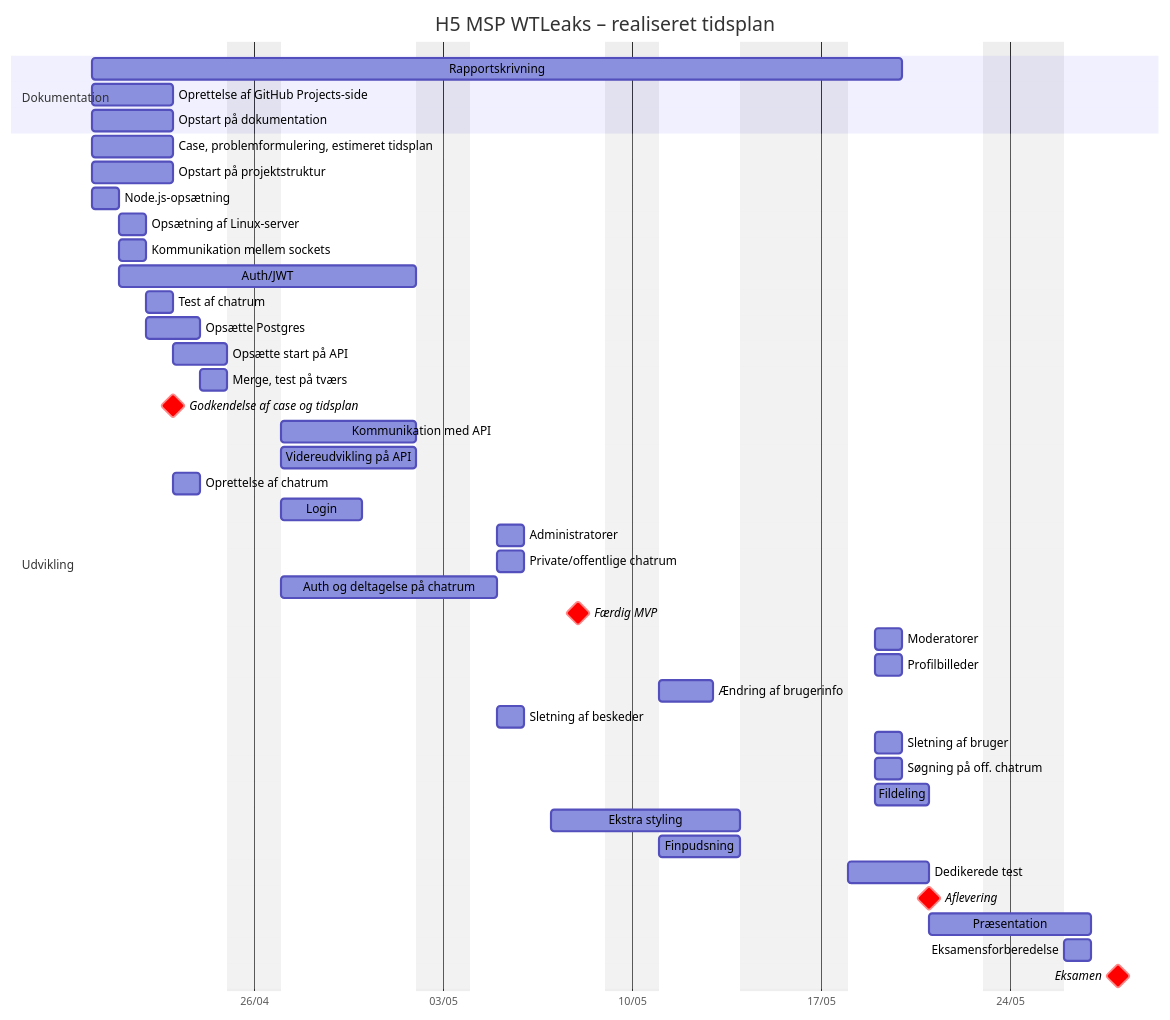
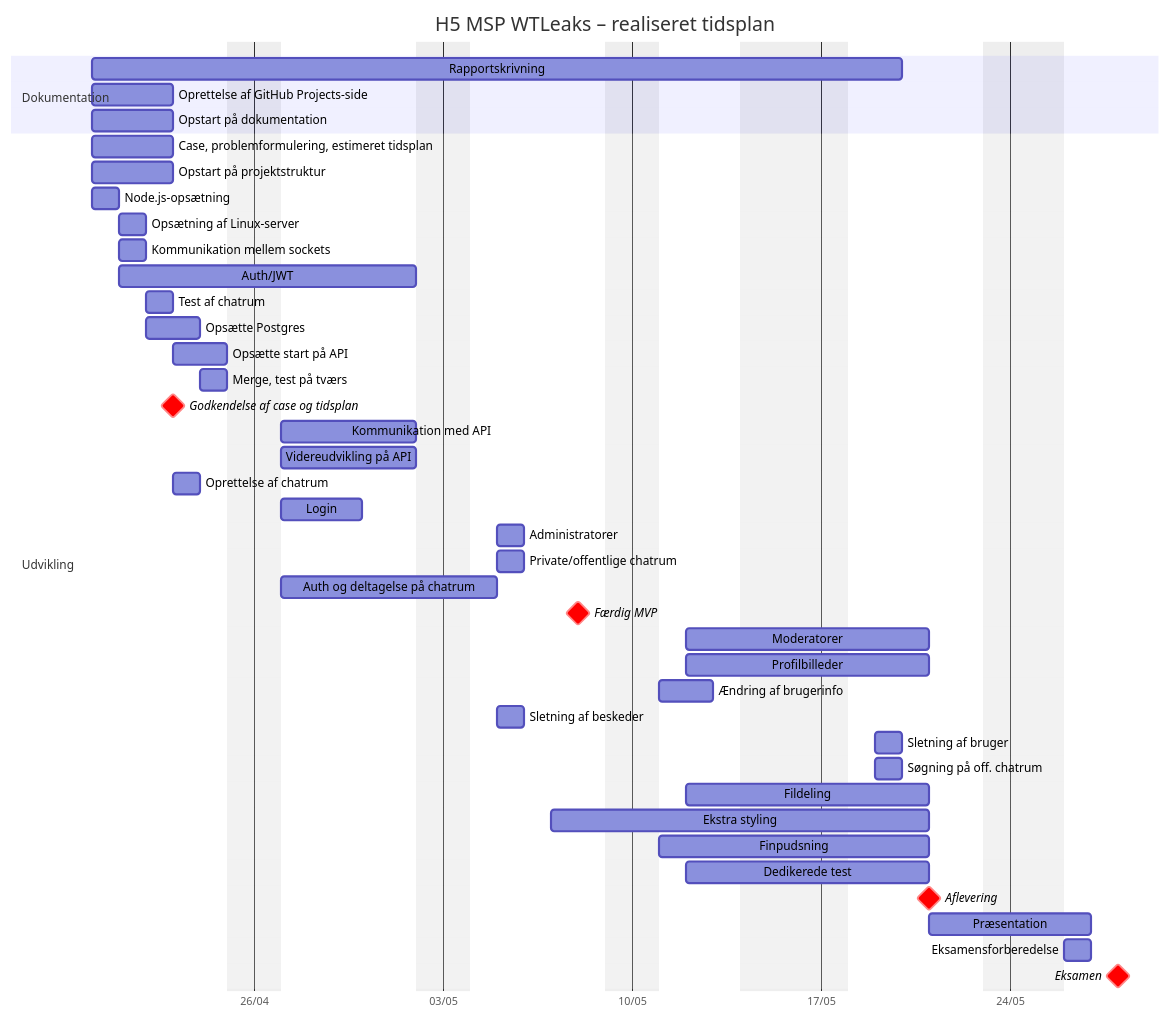
The diagram in Rapport/docs/Realiseret Tidsplan.md (Mercantec-GHC/h5-msp-wtleaks), drawn with Mermaid before and after one commit. The commit also changed 6 other files, not shown here.

````diff
--- a/Rapport/docs/Realiseret Tidsplan.md
+++ b/Rapport/docs/Realiseret Tidsplan.md
@@ -3,65 +3,65 @@
 ```mermaid
 ---
 config:
     themeVariables:
         taskTextColor: 'black'
         taskTextOutsideColor: 'black'
 ---
 gantt
     title H5 MSP WTLeaks – realiseret tidsplan
     dateFormat  YYYY-MM-DD
     axisFormat  %d/%m
     excludes  weekends, 2026-05-14, 2026-05-15, 2026-05-25
     %% todayMarker off
     
     section Dokumentation
     Rapportskrivning  : 2026-04-20, 20d
     Oprettelse af GitHub Projects-side  : 2026-04-20, 3d
     Opstart på dokumentation  : 2026-04-20, 3d
     
     section Udvikling
     %% Uge 1
     Case, problemformulering, estimeret tidsplan  : 2026-04-20, 3d
     Opstart på projektstruktur  : 2026-04-20, 3d
     Node.js-opsætning  : 2026-04-20, 1d
     Opsætning af Linux-server  : 2026-04-21, 1d
     Kommunikation mellem sockets  : 2026-04-21, 1d
     Auth/JWT  : jwt, 2026-04-21, 9d
     Test af chatrum  : 2026-04-22, 1d
     Opsætte Postgres  : 2026-04-22, 2d
     Opsætte start på API  : 2026-04-23, 2d
     Merge, test på tværs  : 2026-04-24, 1d
     Godkendelse af case og tidsplan  : crit, milestone, 2026-04-23, 0d
     
     %% Uge 2
     Kommunikation med API  : 2026-04-27, 5d
     Videreudvikling på API  : 2026-04-27, 5d
     Oprettelse af chatrum  : 2026-04-23, 1d
     Login  : 2026-04-27, 3d
     Administratorer  : 2026-05-05, 1d
     Private/offentlige chatrum  : 2026-05-05, 1d
     Auth og deltagelse på chatrum  : 2026-04-27, 6d
     Færdig MVP  : crit, milestone, 2026-05-08, 0d
     
     %% Uge 3
-    Moderatorer  : 2026-05-19, 1d
-    Profilbilleder  : 2026-05-19, 1d
+    Moderatorer  : 2026-05-12, 5d
+    Profilbilleder  : 2026-05-12, 5d
     Ændring af brugerinfo  : 2026-05-11, 2d
     Sletning af beskeder  : 2026-05-05, 1d
     Sletning af bruger  : 2026-05-19, 1d
     Søgning på off. chatrum  : 2026-05-19, 1d
-    Fildeling  : 2026-05-19, 2d
+    Fildeling  : 2026-05-12, 5d
     
     %% Uge 4
-    Ekstra styling  : 2026-05-7, 5d
-    Finpudsning  : 2026-05-11, 3d
+    Ekstra styling  : 2026-05-7, 8d
+    Finpudsning  : 2026-05-11, 6d
     
     %% Uge 5
-    Dedikerede test  : 2026-05-18, 3d
+    Dedikerede test  : 2026-05-12, 5d
     Aflevering  : crit, milestone, 2026-05-21, 0d
     Præsentation  : 2026-05-21, 3d
     
     %% Uge 6
     Eksamensforberedelse  : 2026-05-26, 1d
     Eksamen  : crit, milestone, 2026-05-28, 0d
 ```
````
